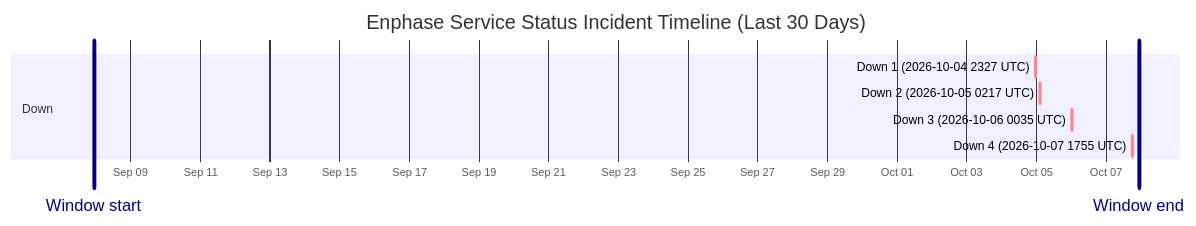
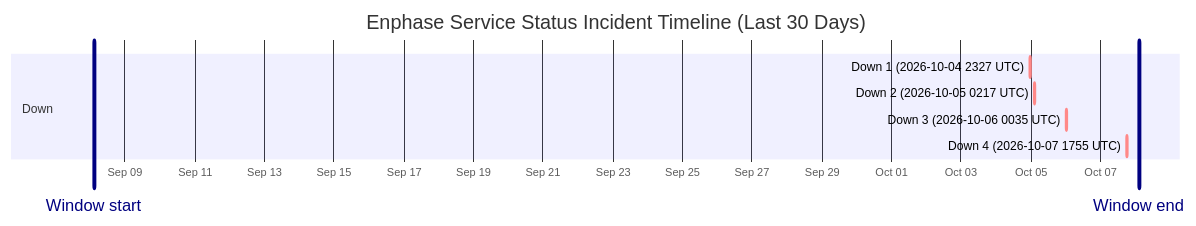
One commit to barneyonline/ha-enphase-energy changed the diagram in wiki/Service-Status-History.md. Above: the diagram before and after it, drawn with Mermaid. The commit also changed other lines of this file and 3 other files, not shown here.

````diff
--- a/wiki/Service-Status-History.md
+++ b/wiki/Service-Status-History.md
@@ -14,13 +14,13 @@
 ```mermaid
 gantt
     title Enphase Service Status Incident Timeline (Last 30 Days)
     dateFormat  YYYY-MM-DDTHH:mm:ss
     axisFormat  %b %d
-    Window start :vert, window-start, 2026-09-07T22:44:14, 0ms
-    Window end :vert, window-end, 2026-10-07T22:44:14, 0ms
+    Window start :vert, window-start, 2026-09-08T02:31:18, 0ms
+    Window end :vert, window-end, 2026-10-08T02:31:18, 0ms
     section Down
     Down 1 (2026-10-04 2327 UTC) :crit, down-1, 2026-10-04T23:27:34, 60m
     Down 2 (2026-10-05 0217 UTC) :crit, down-2, 2026-10-05T02:17:30, 60m
     Down 3 (2026-10-06 0035 UTC) :crit, down-3, 2026-10-06T00:35:21, 60m
     Down 4 (2026-10-07 1755 UTC) :crit, down-4, 2026-10-07T17:55:16, 60m
 ```
````
